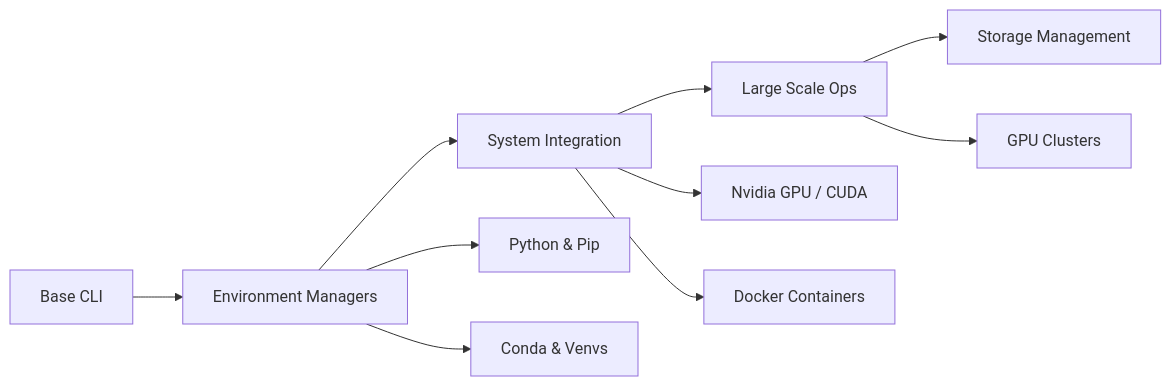
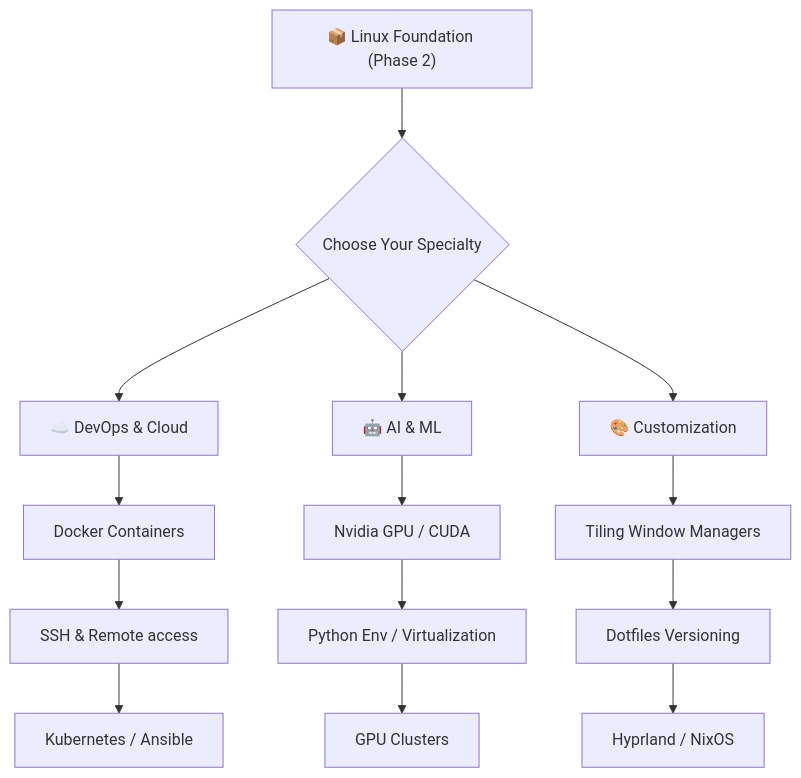
Before and after one commit to Harshajaya13/Foss-Club: the fourth of 4 diagrams in phase2.md, drawn with Mermaid. The commit also changed other lines of this file and 2 other files, not shown here.

Commit message:
added phase 2

````diff
--- a/phase2.md
+++ b/phase2.md
@@ -143,15 +277,12 @@
 ```mermaid
-graph LR
-    Base["Base CLI"] --> Env["Environment Managers"]
-    Env --> System["System Integration"]
-    System --> Scaling["Large Scale Ops"]
+graph TD
+    Foundation["📦 Linux Foundation (Phase 2)"] --> Choice{"Choose Your Specialty"}
     
-    Env --> Python["Python & Pip"]
-    Env --> Conda["Conda & Venvs"]
+    Choice --> Devops["☁️ DevOps & Cloud"]
+    Choice --> AI["🤖 AI & ML"]
+    Choice --> Custom["🎨 Customization"]
     
-    System --> CUDA["Nvidia GPU / CUDA"]
-    System --> Docker["Docker Containers"]
-    
-    Scaling --> Storage["Storage Management"]
-    Scaling --> Clusters["GPU Clusters"]
+    Devops --> D1["Docker Containers"] --> D2["SSH & Remote access"] --> D3["Kubernetes / Ansible"]
+    AI --> A1["Nvidia GPU / CUDA"] --> A2["Python Env / Virtualization"] --> A3["GPU Clusters"]
+    Custom --> C1["Tiling Window Managers"] --> C2["Dotfiles Versioning"] --> C3["Hyprland / NixOS"]
 ```
````
